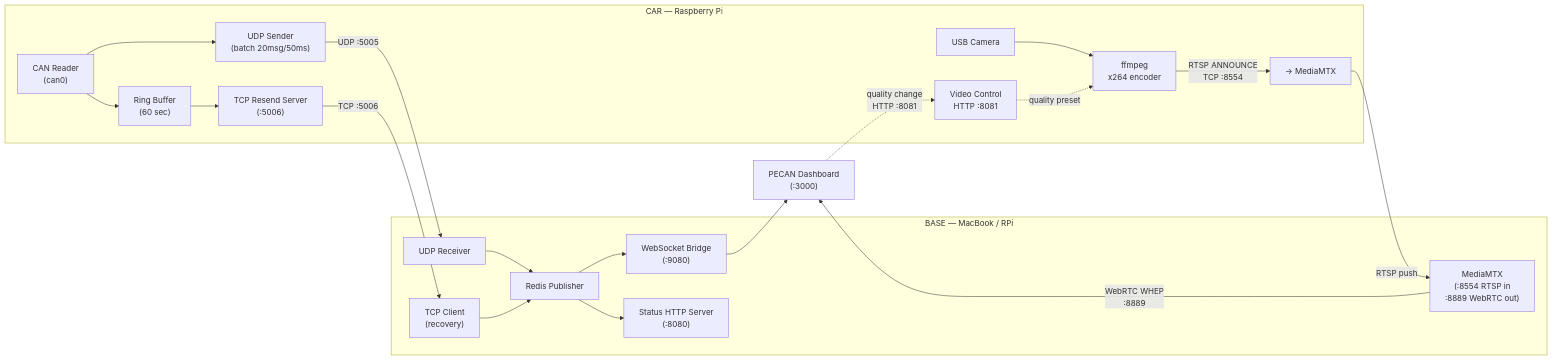
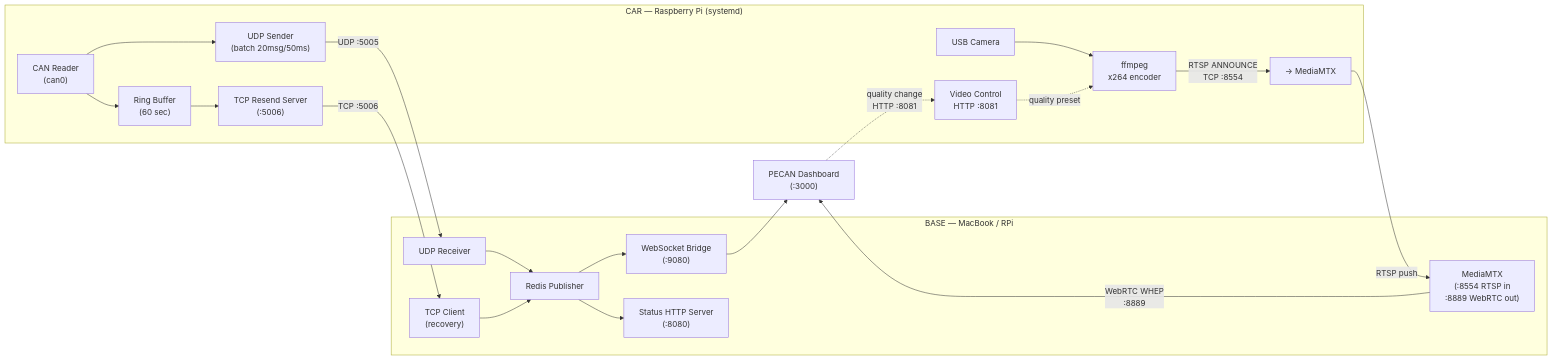
Before and after one commit to Western-Formula-Racing/data-acquisition: the diagram in universal-telemetry-software/README.md, drawn with Mermaid. The commit also changed other lines of this file and 2 other files, not shown here.

Commit message:
Updated docs to reflect the car-side move to systemd

````diff
--- a/universal-telemetry-software/README.md
+++ b/universal-telemetry-software/README.md
@@ -9,26 +9,26 @@
 ```mermaid
 graph LR
-  subgraph CAR["CAR — Raspberry Pi"]
+  subgraph CAR["CAR — Raspberry Pi (systemd)"]
     CAN["CAN Reader\n(can0)"] --> UDP["UDP Sender\n(batch 20msg/50ms)"]
     CAN --> RB["Ring Buffer\n(60 sec)"]
     RB --> TCP_S["TCP Resend Server\n(:5006)"]
     CAM["USB Camera"] --> FFMPEG["ffmpeg\nx264 encoder"]
     FFMPEG -- "RTSP ANNOUNCE\nTCP :8554" --> MTX_PUSH["→ MediaMTX"]
     CTRL["Video Control\nHTTP :8081"] -. "quality preset" .-> FFMPEG
   end
 
   subgraph BASE["BASE — MacBook / RPi"]
     UDP_R["UDP Receiver"] --> Redis["Redis Publisher"]
     Redis --> WS["WebSocket Bridge\n(:9080)"]
     Redis --> STATUS["Status HTTP Server\n(:8080)"]
     TCP_C["TCP Client\n(recovery)"] --> Redis
     MTX["MediaMTX\n(:8554 RTSP in\n:8889 WebRTC out)"]
   end
 
   UDP -- "UDP :5005" --> UDP_R
   TCP_S -- "TCP :5006" --> TCP_C
   MTX_PUSH -- "RTSP push" --> MTX
   WS --> PECAN["PECAN Dashboard\n(:3000)"]
   MTX -- "WebRTC WHEP\n:8889" --> PECAN
   PECAN -. "quality change\nHTTP :8081" .-> CTRL
 ```
````
